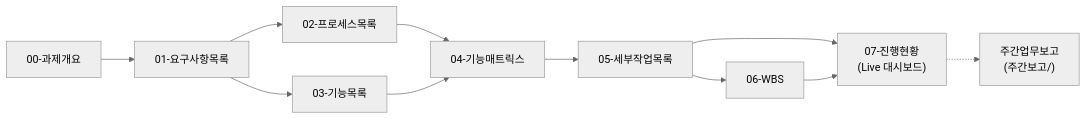
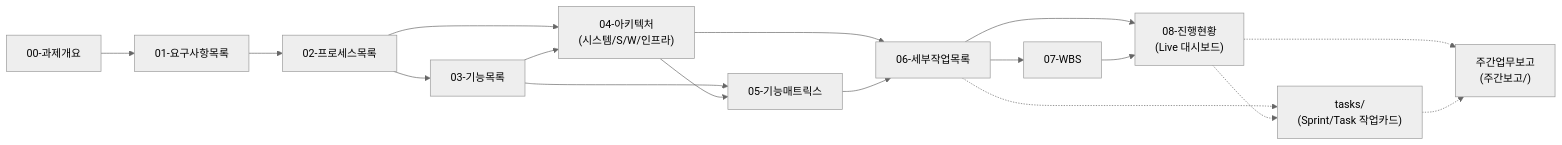
One commit to h2y0229/h2y-music-app changed the diagram in doc/00-과제개요.md. Above: the diagram before and after it, drawn with Mermaid (neutral theme). The commit also changed other lines of this file and 31 other files, not shown here.

````diff
--- a/doc/00-과제개요.md
+++ b/doc/00-과제개요.md
@@ -77,11 +79,13 @@
 ```mermaid
 flowchart LR
     D00["00-과제개요"] --> D01["01-요구사항목록"]
     D01 --> D02["02-프로세스목록"]
-    D01 --> D03["03-기능목록"]
-    D02 & D03 --> D04["04-기능매트릭스"]
-    D04 --> D05["05-세부작업목록"]
-    D05 --> D06["06-WBS"]
-    D05 & D06 --> D07["07-진행현황\n(Live 대시보드)"]
-    D07 -.-> WR["주간업무보고\n(주간보고/)"]
+    D02 --> D03["03-기능목록"]
+    D02 & D03 --> D04["04-아키텍처\n(시스템/S/W/인프라)"]
+    D03 & D04 --> D05["05-기능매트릭스"]
+    D04 & D05 --> D06["06-세부작업목록"]
+    D06 --> D07["07-WBS"]
+    D06 & D07 --> D08["08-진행현황\n(Live 대시보드)"]
+    D06 & D08 -.-> DTasks["tasks/\n(Sprint/Task 작업카드)"]
+    D08 & DTasks -.-> WR["주간업무보고\n(주간보고/)"]
 ```
````
